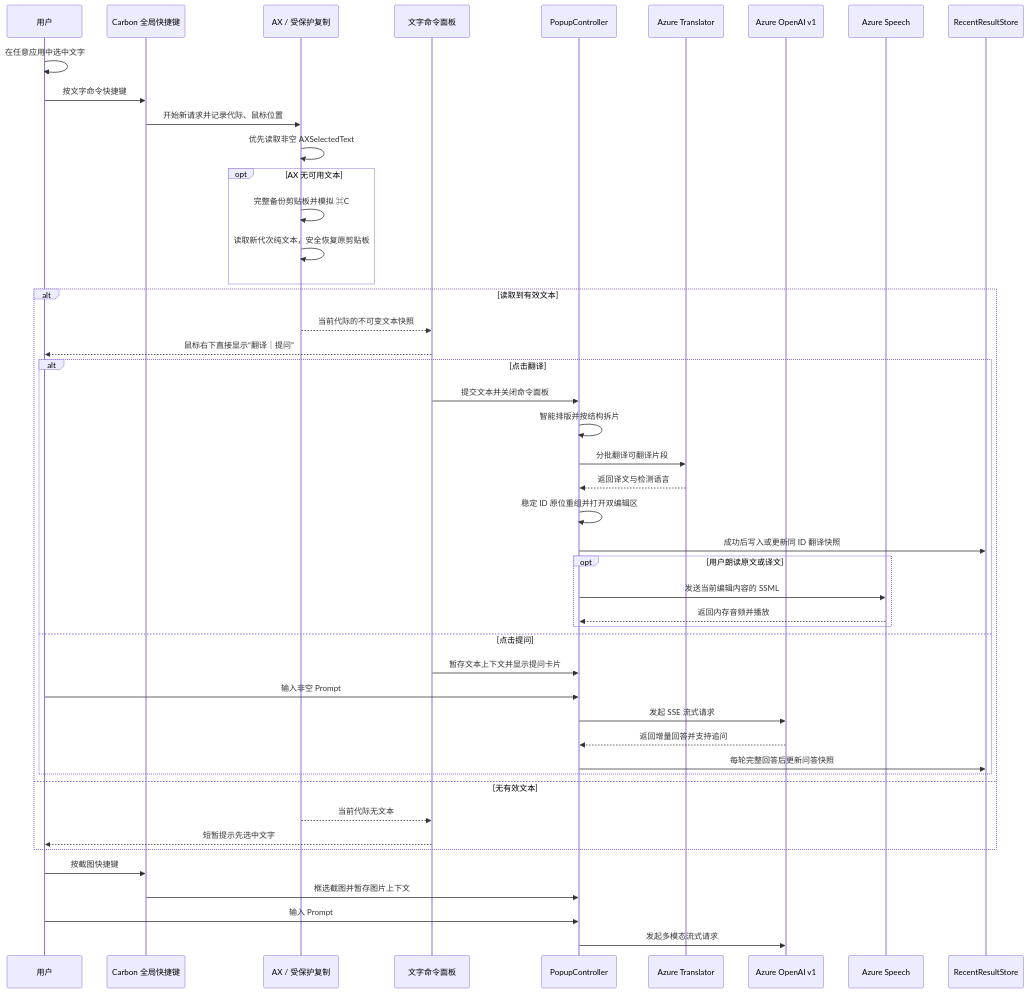
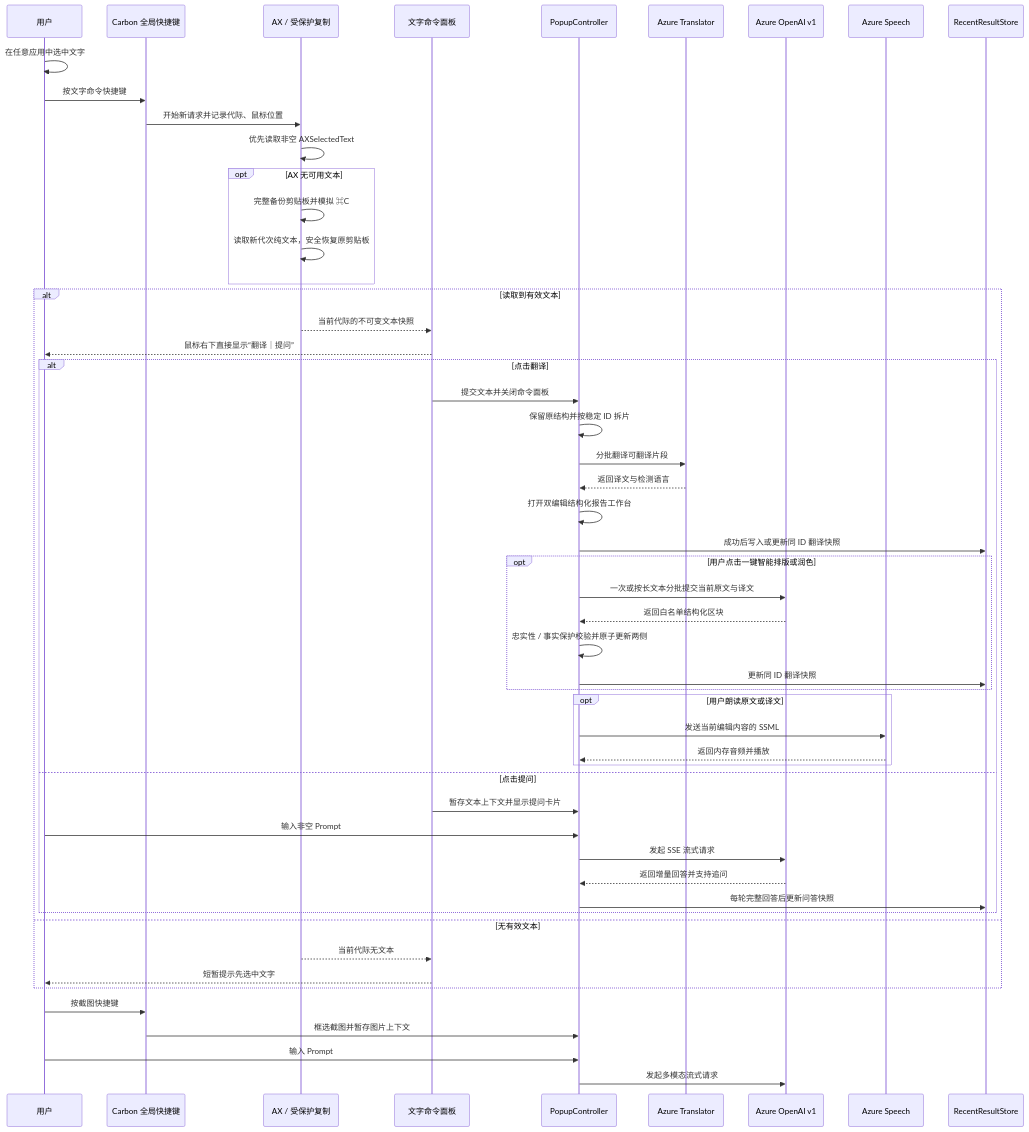
One commit to Sofiawuh/Glint changed the second of 2 diagrams in docs/architecture/overview.md. Above: the diagram before and after it, drawn with Mermaid. The commit also changed other lines of this file and 8 other files, not shown here.

````diff
--- a/docs/architecture/overview.md
+++ b/docs/architecture/overview.md
@@ -49,51 +53,57 @@
 ```mermaid
 sequenceDiagram
     participant User as 用户
     participant HotKey as Carbon 全局快捷键
     participant Reader as AX / 受保护复制
     participant Panel as 文字命令面板
     participant Popup as PopupController
     participant Translator as Azure Translator
     participant GPT as Azure OpenAI v1
     participant Speech as Azure Speech
     participant History as RecentResultStore
 
     User->>User: 在任意应用中选中文字
     User->>HotKey: 按文字命令快捷键
     HotKey->>Reader: 开始新请求并记录代际、鼠标位置
     Reader->>Reader: 优先读取非空 AXSelectedText
     opt AX 无可用文本
         Reader->>Reader: 完整备份剪贴板并模拟 ⌘C
         Reader->>Reader: 读取新代次纯文本，安全恢复原剪贴板
     end
     alt 读取到有效文本
         Reader-->>Panel: 当前代际的不可变文本快照
         Panel-->>User: 鼠标右下直接显示“翻译｜提问”
         alt 点击翻译
             Panel->>Popup: 提交文本并关闭命令面板
-            Popup->>Popup: 智能排版并按结构拆片
+            Popup->>Popup: 保留原结构并按稳定 ID 拆片
             Popup->>Translator: 分批翻译可翻译片段
             Translator-->>Popup: 返回译文与检测语言
-            Popup->>Popup: 稳定 ID 原位重组并打开双编辑区
+            Popup->>Popup: 打开双编辑结构化报告工作台
             Popup->>History: 成功后写入或更新同 ID 翻译快照
+            opt 用户点击一键智能排版或润色
+                Popup->>GPT: 一次或按长文本分批提交当前原文与译文
+                GPT-->>Popup: 返回白名单结构化区块
+                Popup->>Popup: 忠实性 / 事实保护校验并原子更新两侧
+                Popup->>History: 更新同 ID 翻译快照
+            end
             opt 用户朗读原文或译文
                 Popup->>Speech: 发送当前编辑内容的 SSML
                 Speech-->>Popup: 返回内存音频并播放
             end
         else 点击提问
             Panel->>Popup: 暂存文本上下文并显示提问卡片
             User->>Popup: 输入非空 Prompt
             Popup->>GPT: 发起 SSE 流式请求
             GPT-->>Popup: 返回增量回答并支持追问
             Popup->>History: 每轮完整回答后更新问答快照
         end
     else 无有效文本
         Reader-->>Panel: 当前代际无文本
         Panel-->>User: 短暂提示先选中文字
     end
 
     User->>HotKey: 按截图快捷键
     HotKey->>Popup: 框选截图并暂存图片上下文
     User->>Popup: 输入 Prompt
     Popup->>GPT: 发起多模态流式请求
 ```
````
